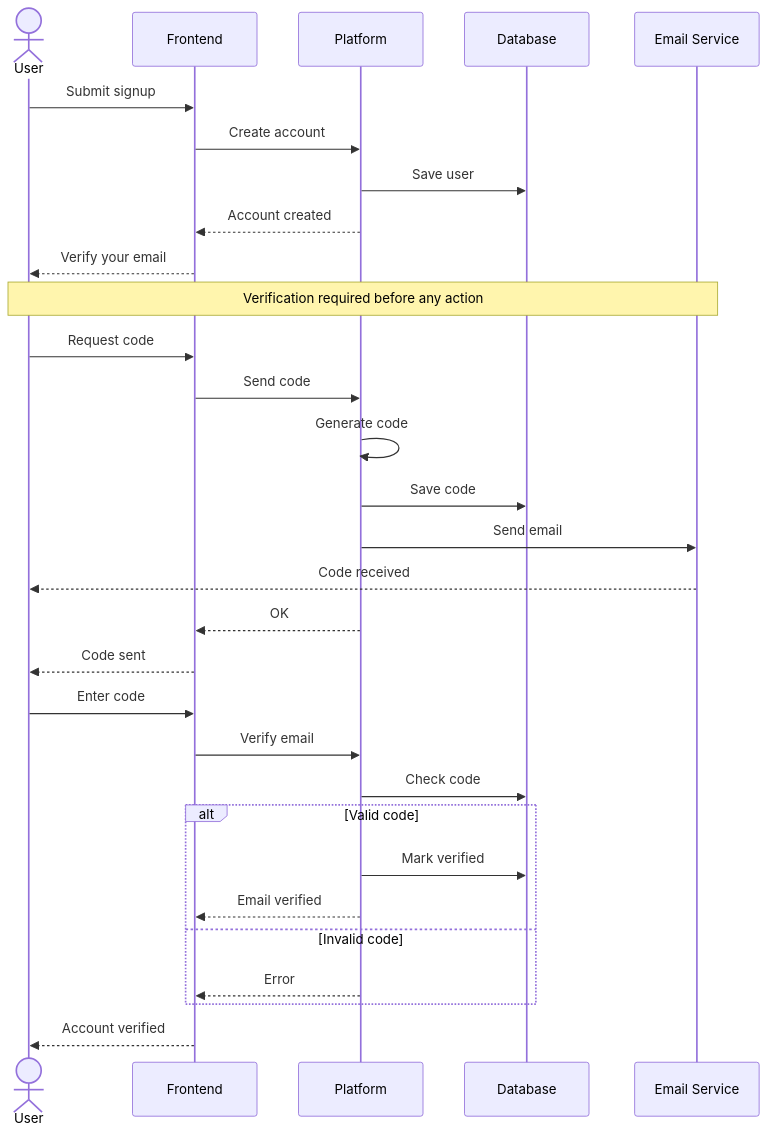
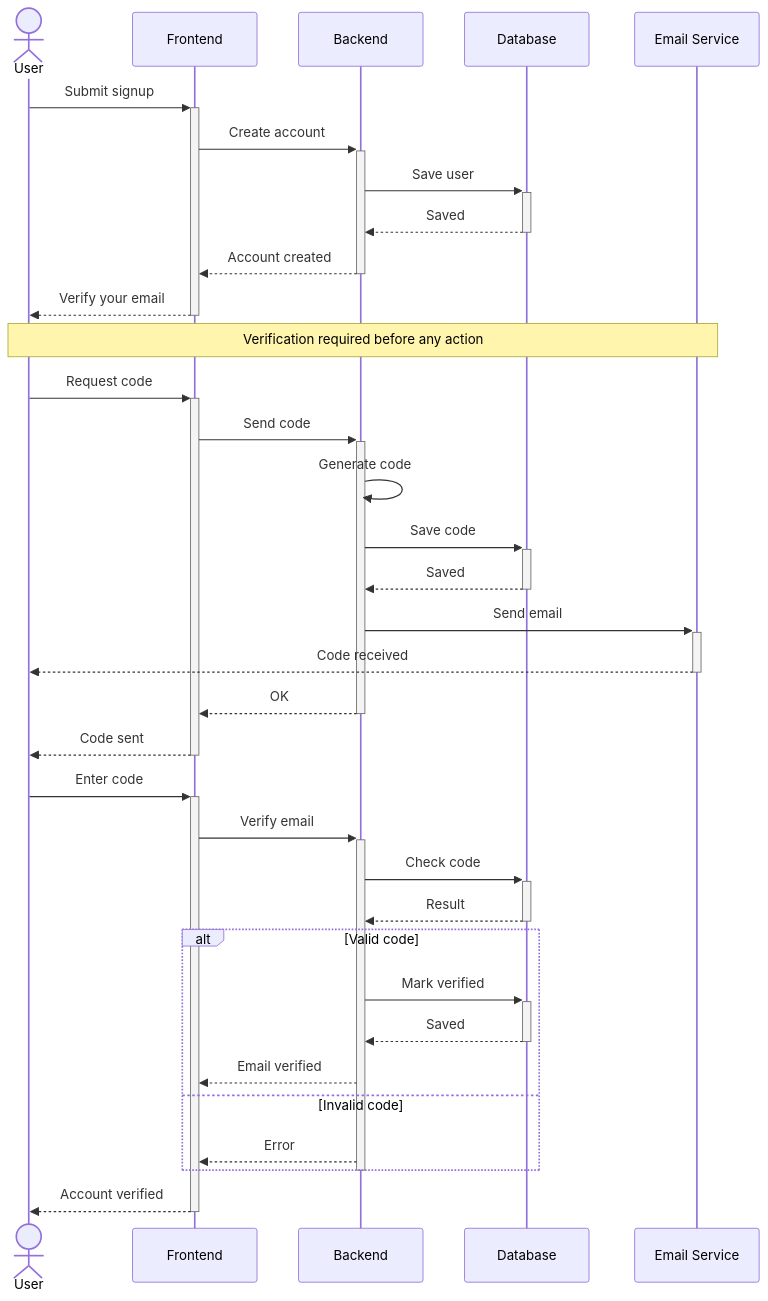
One commit to MohamedChebbi123/teamnest changed the first of 16 diagrams in docs/SEQUENCE_DIAGRAMS.md. Above: the diagram before and after it, drawn with Mermaid. The commit also changed other lines of this file, not shown here.

````diff
--- a/docs/SEQUENCE_DIAGRAMS.md
+++ b/docs/SEQUENCE_DIAGRAMS.md
@@ -24,36 +24,41 @@
 ```mermaid
 sequenceDiagram
     actor User
     participant FE as Frontend
-    participant API as Platform
+    participant API as Backend
     participant DB as Database
     participant Mail as Email Service
 
-    User->>FE: Submit signup
-    FE->>API: Create account
-    API->>DB: Save user
-    API-->>FE: Account created
-    FE-->>User: Verify your email
+    User->>+FE: Submit signup
+    FE->>+API: Create account
+    API->>+DB: Save user
+    DB-->>-API: Saved
+    API-->>-FE: Account created
+    FE-->>-User: Verify your email
 
     Note over User,Mail: Verification required before any action
 
-    User->>FE: Request code
-    FE->>API: Send code
+    User->>+FE: Request code
+    FE->>+API: Send code
     API->>API: Generate code
-    API->>DB: Save code
-    API->>Mail: Send email
-    Mail-->>User: Code received
-    API-->>FE: OK
-    FE-->>User: Code sent
+    API->>+DB: Save code
+    DB-->>-API: Saved
+    API->>+Mail: Send email
+    Mail-->>-User: Code received
+    API-->>-FE: OK
+    FE-->>-User: Code sent
 
-    User->>FE: Enter code
-    FE->>API: Verify email
-    API->>DB: Check code
+    User->>+FE: Enter code
+    FE->>+API: Verify email
+    API->>+DB: Check code
+    DB-->>-API: Result
     alt Valid code
-        API->>DB: Mark verified
+        API->>+DB: Mark verified
+        DB-->>-API: Saved
         API-->>FE: Email verified
     else Invalid code
         API-->>FE: Error
     end
-    FE-->>User: Account verified
+    deactivate API
+    FE-->>-User: Account verified
 ```
````
